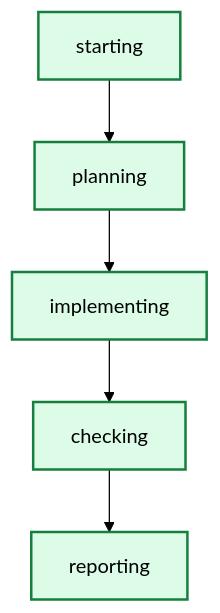
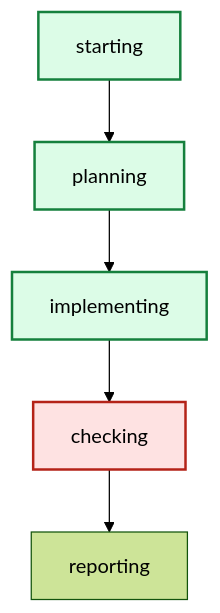
Before and after one commit to daniell0gda/hermes-feature-check-dashboard: the diagram in latest/graph.mmd, drawn with Mermaid (forest theme). The commit also changed 25 other files, not shown here.

```diff
--- a/latest/graph.mmd
+++ b/latest/graph.mmd
@@ -1,14 +1,13 @@
 graph TD
     starting --> planning
     planning --> implementing
     implementing --> checking
     checking --> reporting
 
 classDef done fill:#dcfce7,stroke:#15803d,stroke-width:2px;
 classDef active fill:#dbeafe,stroke:#2563eb,stroke-width:3px;
 classDef failed fill:#fee2e2,stroke:#b42318,stroke-width:2px;
+class checking failed;
+class planning done;
 class implementing done;
-class checking done;
 class starting done;
-class reporting done;
-class planning done;
```
